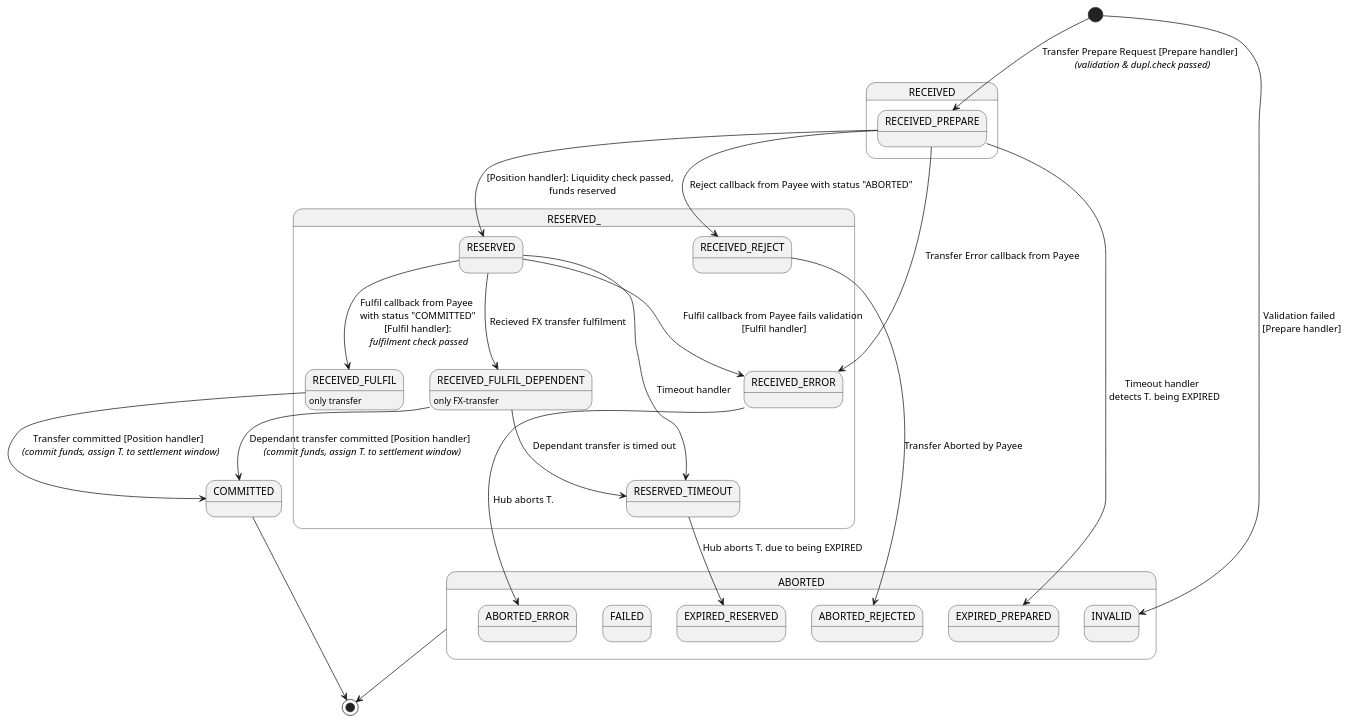
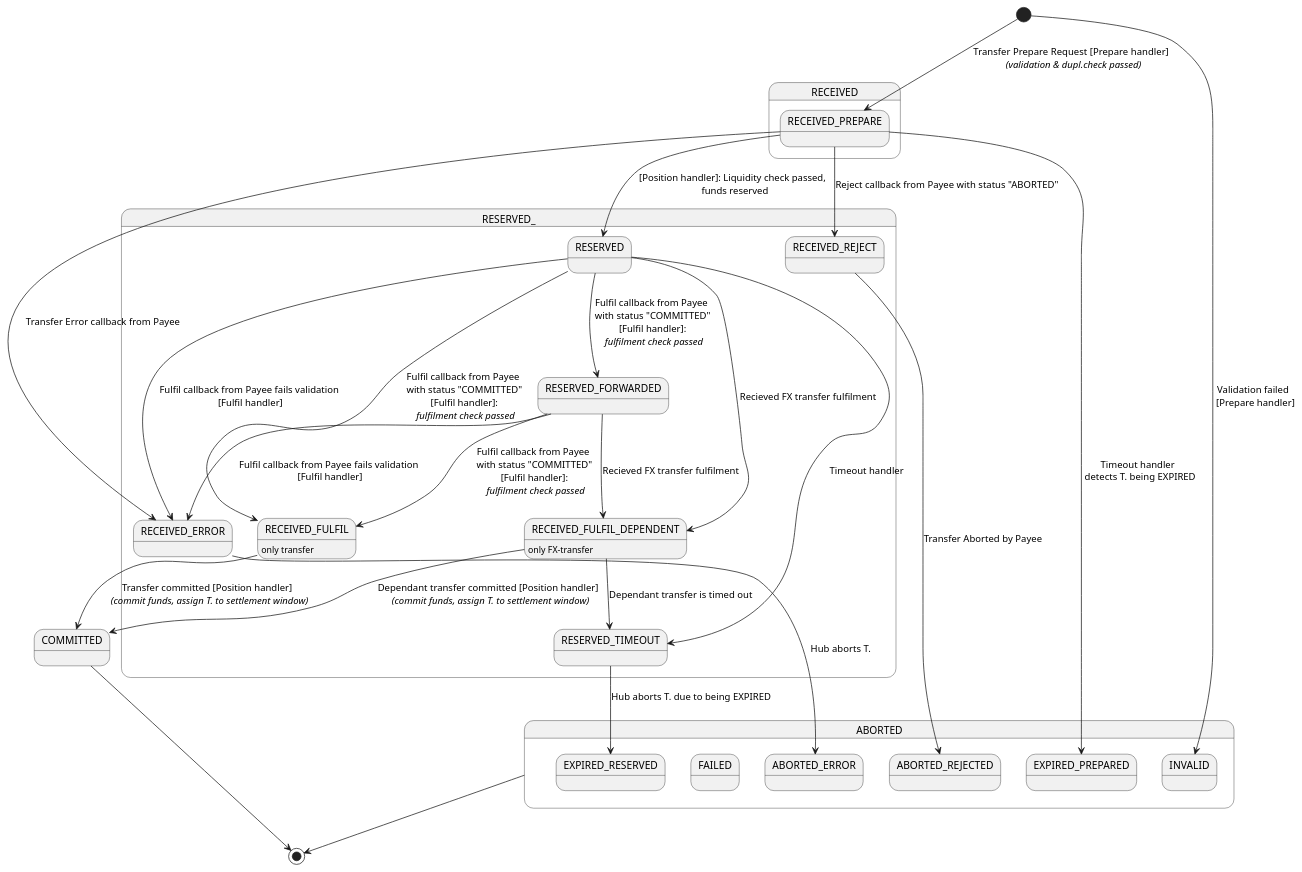
Before and after one commit to mojaloop/central-ledger: the diagram in documentation/state-diagrams/transfer-internal-states.plantuml, drawn with PlantUML. The commit also changed 4 other files, not shown here.

```diff
--- a/documentation/state-diagrams/transfer-internal-states.plantuml
+++ b/documentation/state-diagrams/transfer-internal-states.plantuml
@@ -1,68 +1,74 @@
 @startuml
 
 state RECEIVED {
   state RECEIVED_PREPARE {
   }
 }
 
 state RESERVED_ {
   state RESERVED {
+  }
+  state RESERVED_FORWARDED {
   }
   state RECEIVED_FULFIL {
   }
   state RECEIVED_FULFIL_DEPENDENT {
   }
   state RESERVED_TIMEOUT {
   }
   state RECEIVED_REJECT {
   }
   state RECEIVED_ERROR {
   }
 }
 
 state COMMITTED {
 }
 
 state ABORTED {
   state ABORTED_ERROR {
   }
   state ABORTED_REJECTED {
   }
   state EXPIRED_PREPARED {
   }
   state EXPIRED_RESERVED {
   }
   state FAILED {
   }
   state INVALID {
   }
 }
 
 RECEIVED_FULFIL_DEPENDENT : only FX-transfer
 RECEIVED_FULFIL : only transfer
 
 [*] --> RECEIVED_PREPARE : Transfer Prepare Request [Prepare handler] \n <i>(validation & dupl.check passed)</i>
 [*] --> INVALID : Validation failed \n [Prepare handler]
 RECEIVED_PREPARE --> RESERVED : [Position handler]: Liquidity check passed, \n funds reserved
 RECEIVED_PREPARE --> RECEIVED_REJECT : Reject callback from Payee with status "ABORTED"
 RECEIVED_PREPARE --> RECEIVED_ERROR : Transfer Error callback from Payee
 
 RECEIVED_FULFIL --> COMMITTED : Transfer committed [Position handler] \n <i>(commit funds, assign T. to settlement window)</i>
 
 RECEIVED_REJECT --> ABORTED_REJECTED : Transfer Aborted by Payee
 RECEIVED_ERROR --> ABORTED_ERROR : Hub aborts T.
 RECEIVED_PREPARE --> EXPIRED_PREPARED : Timeout handler \n detects T. being EXPIRED
 
 RESERVED --> RECEIVED_FULFIL : Fulfil callback from Payee \n with status "COMMITTED" \n [Fulfil handler]: \n <i>fulfilment check passed</i>
 RESERVED --> RECEIVED_ERROR : Fulfil callback from Payee fails validation\n [Fulfil handler]
+RESERVED --> RESERVED_FORWARDED : Fulfil callback from Payee \n with status "COMMITTED" \n [Fulfil handler]: \n <i>fulfilment check passed</i>
+RESERVED_FORWARDED --> RECEIVED_FULFIL : Fulfil callback from Payee \n with status "COMMITTED" \n [Fulfil handler]: \n <i>fulfilment check passed</i>
+RESERVED_FORWARDED --> RECEIVED_ERROR : Fulfil callback from Payee fails validation\n [Fulfil handler]
 RESERVED --> RESERVED_TIMEOUT : Timeout handler
 RESERVED_TIMEOUT --> EXPIRED_RESERVED : Hub aborts T. due to being EXPIRED
 
 RESERVED --> RECEIVED_FULFIL_DEPENDENT : Recieved FX transfer fulfilment
+RESERVED_FORWARDED --> RECEIVED_FULFIL_DEPENDENT : Recieved FX transfer fulfilment
 RECEIVED_FULFIL_DEPENDENT --> COMMITTED : Dependant transfer committed [Position handler] \n <i>(commit funds, assign T. to settlement window)</i>
 RECEIVED_FULFIL_DEPENDENT --> RESERVED_TIMEOUT : Dependant transfer is timed out
 
 COMMITTED --> [*]
 ABORTED --> [*]
 
 @enduml
```
